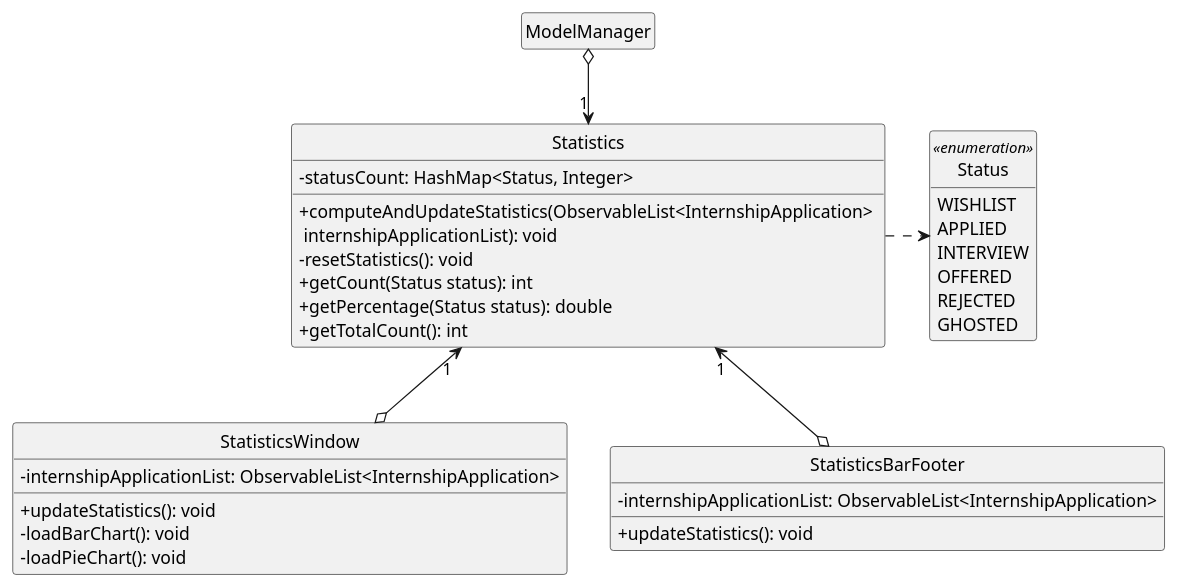
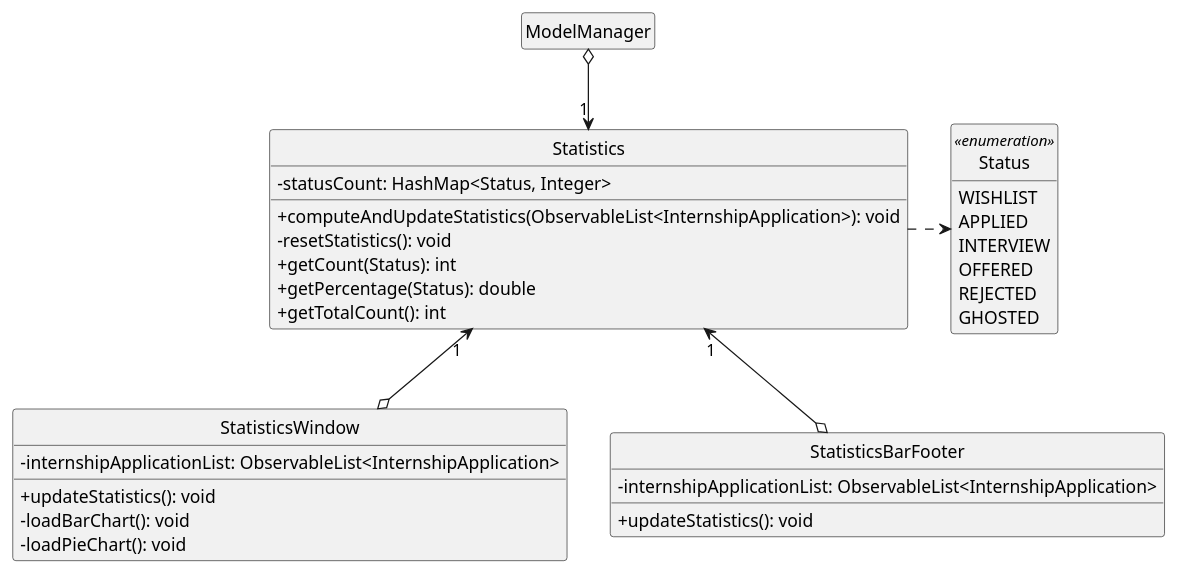
The diagram in docs/diagrams/StatisticsClassDiagram.puml (wxwxwxwx9/main), drawn with PlantUML before and after one commit. The commit also changed 7 other files, not shown here.

```diff
--- a/docs/diagrams/StatisticsClassDiagram.puml
+++ b/docs/diagrams/StatisticsClassDiagram.puml
@@ -1,49 +1,49 @@
 @startuml
 
 hide circle
 hide empty members
 skinparam classAttributeIconSize 0
 
 
 Class ModelManager {
 }
 
 Class Statistics {
     - statusCount: HashMap<Status, Integer>
-    + computeAndUpdateStatistics(ObservableList<InternshipApplication> \n internshipApplicationList): void
+    + computeAndUpdateStatistics(ObservableList<InternshipApplication>): void
     - resetStatistics(): void
-    + getCount(Status status): int
-    + getPercentage(Status status): double
+    + getCount(Status): int
+    + getPercentage(Status): double
     + getTotalCount(): int
 }
 
 Class StatisticsWindow {
     - internshipApplicationList: ObservableList<InternshipApplication>
     + updateStatistics(): void
     - loadBarChart(): void
     - loadPieChart(): void
 }
 
 Class StatisticsBarFooter {
     - internshipApplicationList: ObservableList<InternshipApplication>
     + updateStatistics(): void
 }
 
 enum Status <<enumeration>> {
     WISHLIST
     APPLIED
     INTERVIEW
     OFFERED
     REJECTED
     GHOSTED
 }
 
 ModelManager o--> "1" Statistics
 
 Statistics .right.> Status
 
 StatisticsWindow o-up-> "1" Statistics
 StatisticsBarFooter o-up-> "1" Statistics
 
 
 @enduml
```
